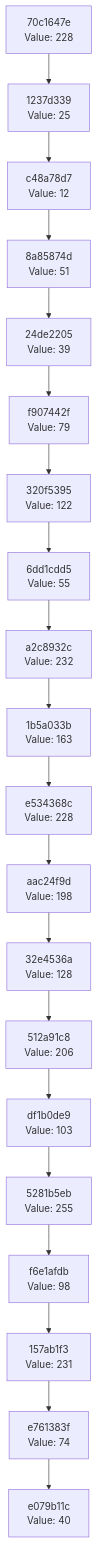
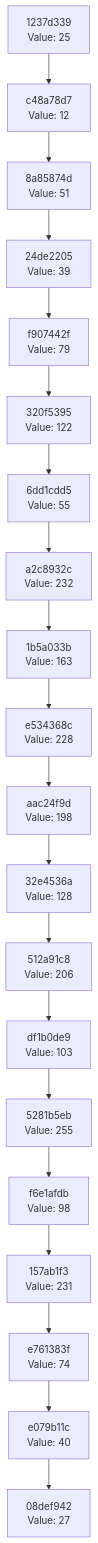
The diagram in docs/CHAIN_VISUALIZATION.md (Abhisheksinha1506/hash-chain-evolver), drawn with Mermaid before and after one commit. The commit also changed 2 other files, not shown here.

Commit message:
Evolution step: hash 0x1B → action executed

````diff
--- a/docs/CHAIN_VISUALIZATION.md
+++ b/docs/CHAIN_VISUALIZATION.md
@@ -3,42 +3,42 @@
 ```mermaid
 graph TD
-    C0["e079b11c<br/>Value: 40"]
-    C1["e761383f<br/>Value: 74"]
+    C0["08def942<br/>Value: 27"]
+    C1["e079b11c<br/>Value: 40"]
     C1 --> C0
-    C2["157ab1f3<br/>Value: 231"]
+    C2["e761383f<br/>Value: 74"]
     C2 --> C1
-    C3["f6e1afdb<br/>Value: 98"]
+    C3["157ab1f3<br/>Value: 231"]
     C3 --> C2
-    C4["5281b5eb<br/>Value: 255"]
+    C4["f6e1afdb<br/>Value: 98"]
     C4 --> C3
-    C5["df1b0de9<br/>Value: 103"]
+    C5["5281b5eb<br/>Value: 255"]
     C5 --> C4
-    C6["512a91c8<br/>Value: 206"]
+    C6["df1b0de9<br/>Value: 103"]
     C6 --> C5
-    C7["32e4536a<br/>Value: 128"]
+    C7["512a91c8<br/>Value: 206"]
     C7 --> C6
-    C8["aac24f9d<br/>Value: 198"]
+    C8["32e4536a<br/>Value: 128"]
     C8 --> C7
-    C9["e534368c<br/>Value: 228"]
+    C9["aac24f9d<br/>Value: 198"]
     C9 --> C8
-    C10["1b5a033b<br/>Value: 163"]
+    C10["e534368c<br/>Value: 228"]
     C10 --> C9
-    C11["a2c8932c<br/>Value: 232"]
+    C11["1b5a033b<br/>Value: 163"]
     C11 --> C10
-    C12["6dd1cdd5<br/>Value: 55"]
+    C12["a2c8932c<br/>Value: 232"]
     C12 --> C11
-    C13["320f5395<br/>Value: 122"]
+    C13["6dd1cdd5<br/>Value: 55"]
     C13 --> C12
-    C14["f907442f<br/>Value: 79"]
+    C14["320f5395<br/>Value: 122"]
     C14 --> C13
-    C15["24de2205<br/>Value: 39"]
+    C15["f907442f<br/>Value: 79"]
     C15 --> C14
-    C16["8a85874d<br/>Value: 51"]
+    C16["24de2205<br/>Value: 39"]
     C16 --> C15
-    C17["c48a78d7<br/>Value: 12"]
+    C17["8a85874d<br/>Value: 51"]
     C17 --> C16
-    C18["1237d339<br/>Value: 25"]
+    C18["c48a78d7<br/>Value: 12"]
     C18 --> C17
-    C19["70c1647e<br/>Value: 228"]
+    C19["1237d339<br/>Value: 25"]
     C19 --> C18
 ```
````
